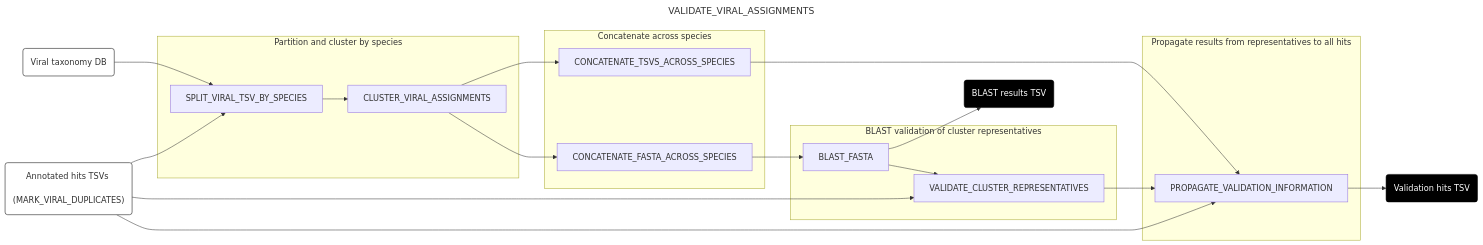
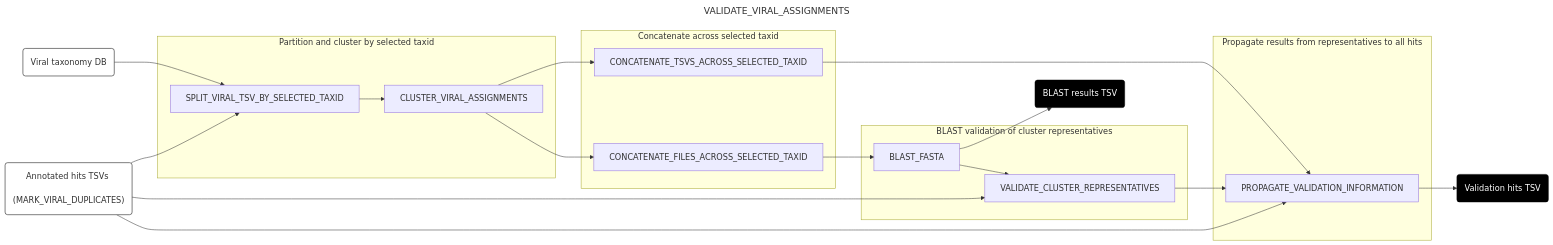
One commit to naobservatory/mgs-workflow changed the fourth of 11 diagrams in docs/downstream.md. Above: the diagram before and after it, drawn with Mermaid. The commit also changed other lines of this file and 8 other files, not shown here.

````diff
--- a/docs/downstream.md
+++ b/docs/downstream.md
@@ -125,40 +125,40 @@
 ```mermaid
 ---
 title: VALIDATE_VIRAL_ASSIGNMENTS
 config:
   layout: horizontal
 ---
 flowchart LR
-C("Viral taxonomy DB") --> B[SPLIT_VIRAL_TSV_BY_SPECIES]
+C("Viral taxonomy DB") --> B[SPLIT_VIRAL_TSV_BY_SELECTED_TAXID]
 A("Annotated hits TSVs <br> (MARK_VIRAL_DUPLICATES)") --> B
 B --> D[CLUSTER_VIRAL_ASSIGNMENTS]
-D --> E[CONCATENATE_FASTA_ACROSS_SPECIES]
-D --> F[CONCATENATE_TSVS_ACROSS_SPECIES]
+D --> E[CONCATENATE_FILES_ACROSS_SELECTED_TAXID]
+D --> F[CONCATENATE_TSVS_ACROSS_SELECTED_TAXID]
 E --> G[BLAST_FASTA]
 G --> H[VALIDATE_CLUSTER_REPRESENTATIVES]
 A --> H
 F --> I[PROPAGATE_VALIDATION_INFORMATION]
 H --> I
 A --> I
 I --> J(Validation hits TSV)
 G --> K(BLAST results TSV)
-subgraph "Partition and cluster by species"
+subgraph "Partition and cluster by selected taxid"
 B
 D
 end
-subgraph "Concatenate across species"
+subgraph "Concatenate across selected taxid"
 E
 F
 end
 subgraph "BLAST validation of cluster representatives"
 G
 H
 end
 subgraph "Propagate results from representatives to all hits"
 I
 end
 style A fill:#fff,stroke:#000
 style C fill:#fff,stroke:#000
 style J fill:#000,color:#fff,stroke:#000
 style K fill:#000,color:#fff,stroke:#000
 ```
````
